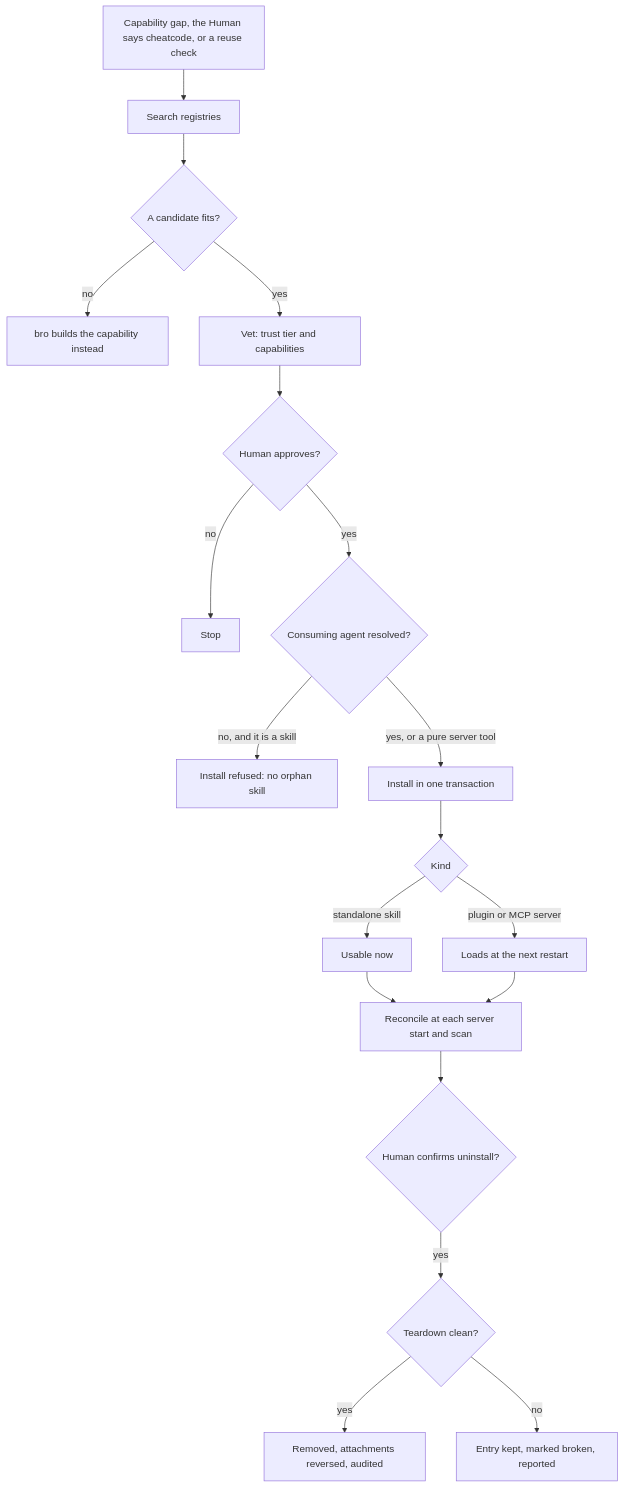
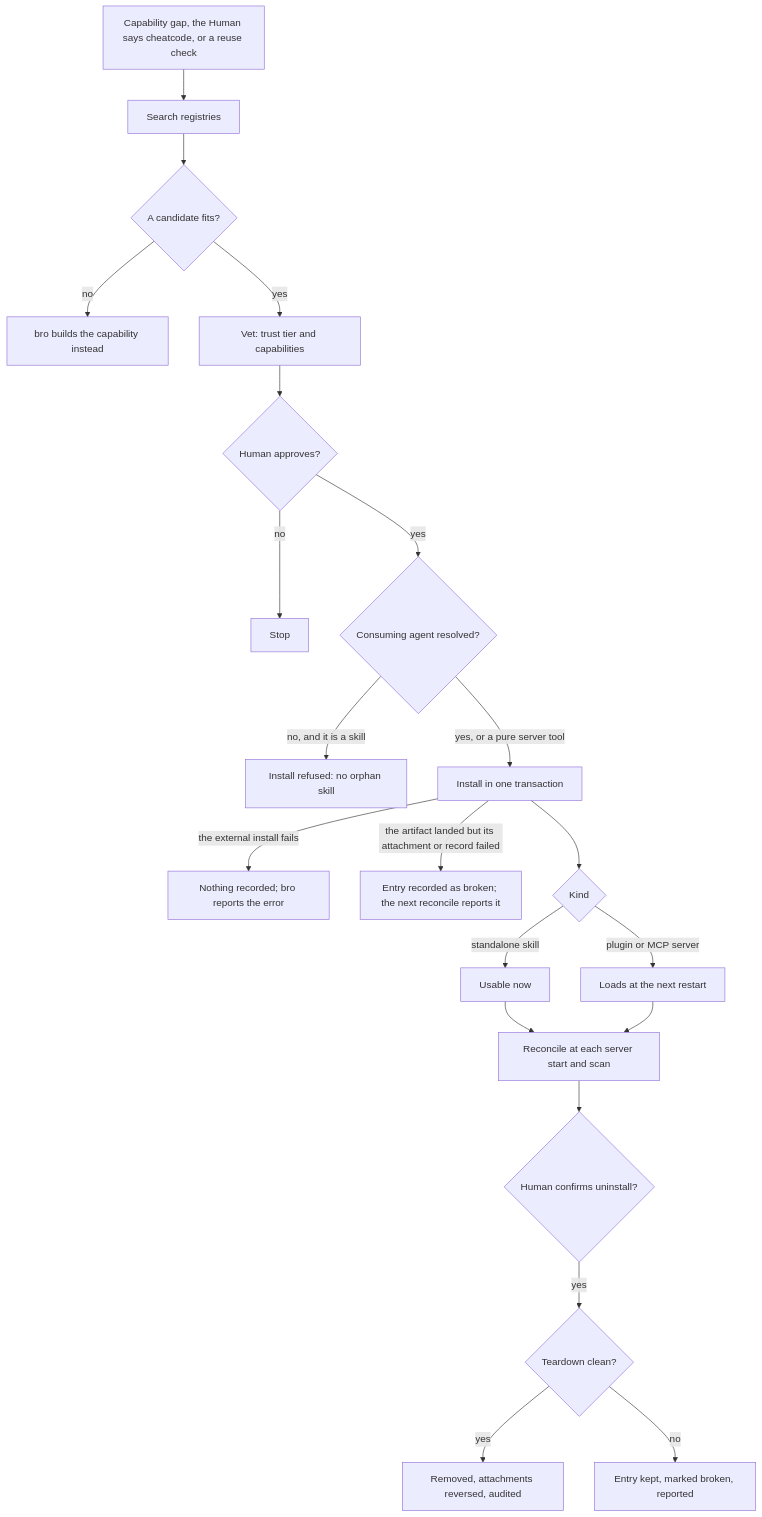
One commit to trustmybot/plugin changed the diagram in docs/architecture/CHEATCODES.md. Above: the diagram before and after it, drawn with Mermaid. The commit also changed other lines of this file and 6 other files, not shown here.

````diff
--- a/docs/architecture/CHEATCODES.md
+++ b/docs/architecture/CHEATCODES.md
@@ -19,21 +19,23 @@
 ```mermaid
 flowchart TD
     A[Capability gap, the Human says cheatcode, or a reuse check] --> S[Search registries]
     S --> F{A candidate fits?}
     F -- no --> B[bro builds the capability instead]
     F -- yes --> V[Vet: trust tier and capabilities]
     V --> H{Human approves?}
     H -- no --> Z[Stop]
     H -- yes --> T{Consuming agent resolved?}
     T -- no, and it is a skill --> X[Install refused: no orphan skill]
     T -- yes, or a pure server tool --> I[Install in one transaction]
+    I -- the external install fails --> N[Nothing recorded; bro reports the error]
+    I -- the artifact landed but its attachment or record failed --> O[Entry recorded as broken; the next reconcile reports it]
     I --> K{Kind}
     K -- standalone skill --> U[Usable now]
     K -- plugin or MCP server --> R[Loads at the next restart]
     U --> C[Reconcile at each server start and scan]
     R --> C
     C --> D{Human confirms uninstall?}
     D -- yes --> E{Teardown clean?}
     E -- yes --> G[Removed, attachments reversed, audited]
     E -- no --> M[Entry kept, marked broken, reported]
 ```
````
